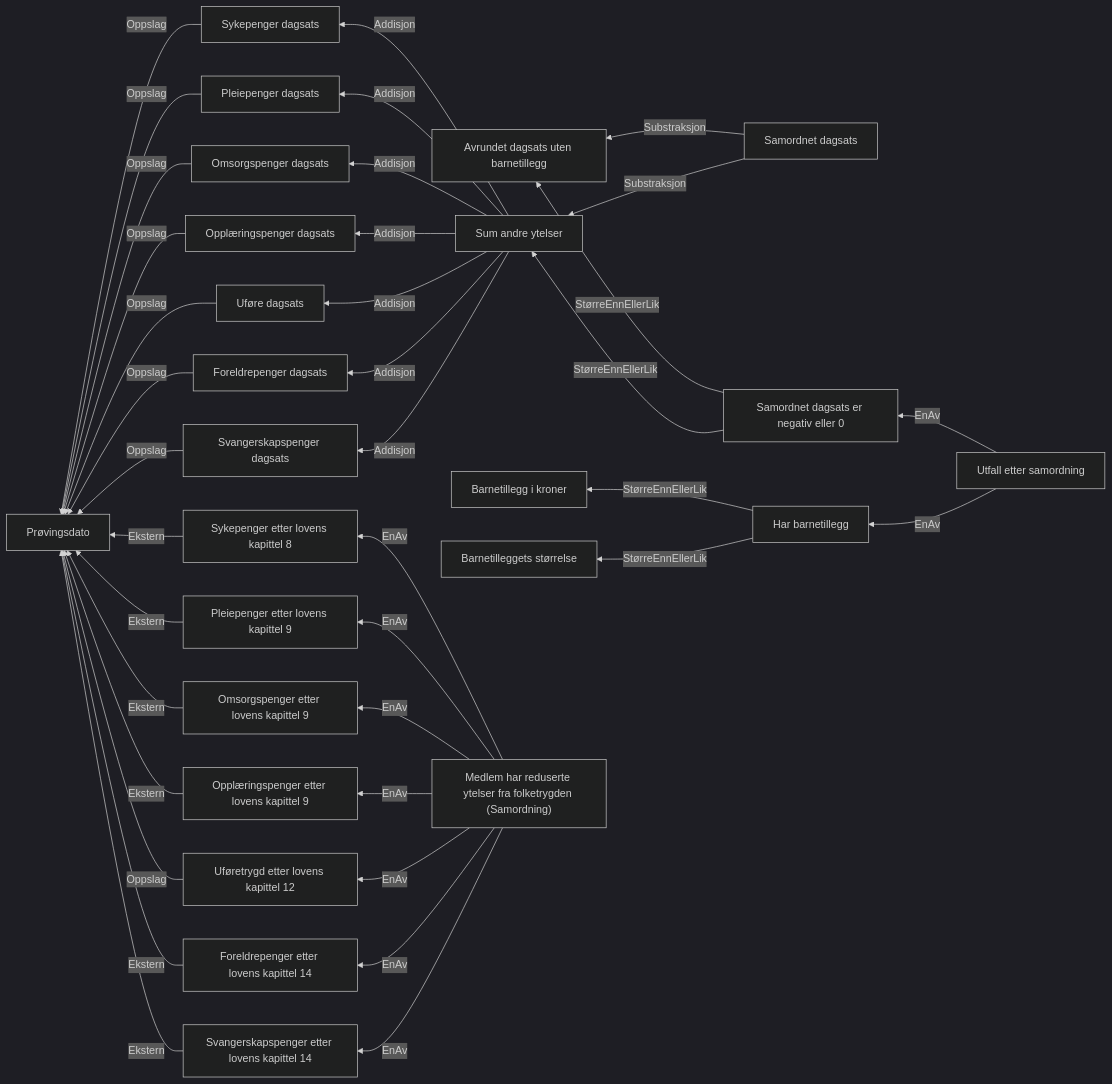
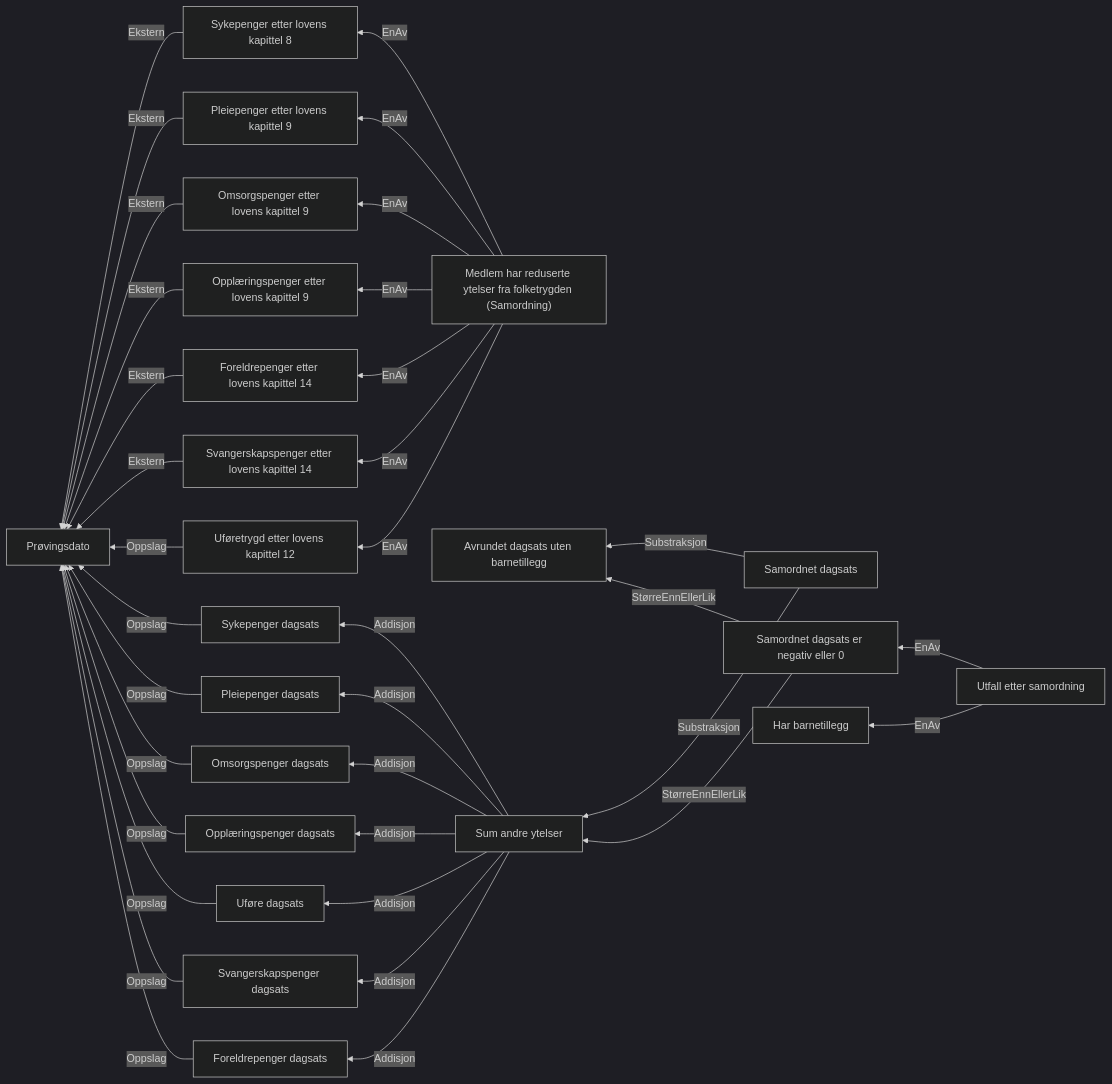
The diagram in docs/regler/§ 4-25.Samordning med reduserte ytelser fra folketrygden, eller redusert avtalefestet pensjon.approved.md (navikt/dp-vedtak), drawn with Mermaid (dark theme) before and after one commit. The commit also changed 20 other files, not shown here.

````diff
--- a/docs/regler/§ 4-25.Samordning med reduserte ytelser fra folketrygden, eller redusert avtalefestet pensjon.approved.md
+++ b/docs/regler/§ 4-25.Samordning med reduserte ytelser fra folketrygden, eller redusert avtalefestet pensjon.approved.md
@@ -5,39 +5,37 @@
 ```mermaid
 graph RL
   A["Sykepenger etter lovens kapittel 8"] -->|"Ekstern"| B["Prøvingsdato"]
   C["Pleiepenger etter lovens kapittel 9"] -->|"Ekstern"| B["Prøvingsdato"]
   D["Omsorgspenger etter lovens kapittel 9"] -->|"Ekstern"| B["Prøvingsdato"]
   E["Opplæringspenger etter lovens kapittel 9"] -->|"Ekstern"| B["Prøvingsdato"]
   F["Foreldrepenger etter lovens kapittel 14"] -->|"Ekstern"| B["Prøvingsdato"]
   G["Svangerskapspenger etter lovens kapittel 14"] -->|"Ekstern"| B["Prøvingsdato"]
   H["Uføretrygd etter lovens kapittel 12"] -->|"Oppslag"| B["Prøvingsdato"]
   I["Sykepenger dagsats"] -->|"Oppslag"| B["Prøvingsdato"]
   J["Pleiepenger dagsats"] -->|"Oppslag"| B["Prøvingsdato"]
   K["Omsorgspenger dagsats"] -->|"Oppslag"| B["Prøvingsdato"]
   L["Opplæringspenger dagsats"] -->|"Oppslag"| B["Prøvingsdato"]
   M["Uføre dagsats"] -->|"Oppslag"| B["Prøvingsdato"]
   N["Svangerskapspenger dagsats"] -->|"Oppslag"| B["Prøvingsdato"]
   O["Foreldrepenger dagsats"] -->|"Oppslag"| B["Prøvingsdato"]
   P["Sum andre ytelser"] -->|"Addisjon"| I["Sykepenger dagsats"]
   P["Sum andre ytelser"] -->|"Addisjon"| J["Pleiepenger dagsats"]
   P["Sum andre ytelser"] -->|"Addisjon"| K["Omsorgspenger dagsats"]
   P["Sum andre ytelser"] -->|"Addisjon"| L["Opplæringspenger dagsats"]
   P["Sum andre ytelser"] -->|"Addisjon"| M["Uføre dagsats"]
   P["Sum andre ytelser"] -->|"Addisjon"| O["Foreldrepenger dagsats"]
   P["Sum andre ytelser"] -->|"Addisjon"| N["Svangerskapspenger dagsats"]
   Q["Samordnet dagsats"] -->|"Substraksjon"| R["Avrundet dagsats uten barnetillegg"]
   Q["Samordnet dagsats"] -->|"Substraksjon"| P["Sum andre ytelser"]
   S["Samordnet dagsats er negativ eller 0"] -->|"StørreEnnEllerLik"| R["Avrundet dagsats uten barnetillegg"]
   S["Samordnet dagsats er negativ eller 0"] -->|"StørreEnnEllerLik"| P["Sum andre ytelser"]
-  T["Har barnetillegg"] -->|"StørreEnnEllerLik"| U["Barnetillegg i kroner"]
-  T["Har barnetillegg"] -->|"StørreEnnEllerLik"| V["Barnetilleggets størrelse"]
-  W["Utfall etter samordning"] -->|"EnAv"| S["Samordnet dagsats er negativ eller 0"]
-  W["Utfall etter samordning"] -->|"EnAv"| T["Har barnetillegg"]
-  X["Medlem har reduserte ytelser fra folketrygden (Samordning)"] -->|"EnAv"| A["Sykepenger etter lovens kapittel 8"]
-  X["Medlem har reduserte ytelser fra folketrygden (Samordning)"] -->|"EnAv"| C["Pleiepenger etter lovens kapittel 9"]
-  X["Medlem har reduserte ytelser fra folketrygden (Samordning)"] -->|"EnAv"| D["Omsorgspenger etter lovens kapittel 9"]
-  X["Medlem har reduserte ytelser fra folketrygden (Samordning)"] -->|"EnAv"| E["Opplæringspenger etter lovens kapittel 9"]
-  X["Medlem har reduserte ytelser fra folketrygden (Samordning)"] -->|"EnAv"| H["Uføretrygd etter lovens kapittel 12"]
-  X["Medlem har reduserte ytelser fra folketrygden (Samordning)"] -->|"EnAv"| F["Foreldrepenger etter lovens kapittel 14"]
-  X["Medlem har reduserte ytelser fra folketrygden (Samordning)"] -->|"EnAv"| G["Svangerskapspenger etter lovens kapittel 14"]
+  T["Utfall etter samordning"] -->|"EnAv"| S["Samordnet dagsats er negativ eller 0"]
+  T["Utfall etter samordning"] -->|"EnAv"| U["Har barnetillegg"]
+  V["Medlem har reduserte ytelser fra folketrygden (Samordning)"] -->|"EnAv"| A["Sykepenger etter lovens kapittel 8"]
+  V["Medlem har reduserte ytelser fra folketrygden (Samordning)"] -->|"EnAv"| C["Pleiepenger etter lovens kapittel 9"]
+  V["Medlem har reduserte ytelser fra folketrygden (Samordning)"] -->|"EnAv"| D["Omsorgspenger etter lovens kapittel 9"]
+  V["Medlem har reduserte ytelser fra folketrygden (Samordning)"] -->|"EnAv"| E["Opplæringspenger etter lovens kapittel 9"]
+  V["Medlem har reduserte ytelser fra folketrygden (Samordning)"] -->|"EnAv"| H["Uføretrygd etter lovens kapittel 12"]
+  V["Medlem har reduserte ytelser fra folketrygden (Samordning)"] -->|"EnAv"| F["Foreldrepenger etter lovens kapittel 14"]
+  V["Medlem har reduserte ytelser fra folketrygden (Samordning)"] -->|"EnAv"| G["Svangerskapspenger etter lovens kapittel 14"]
 ```
````
